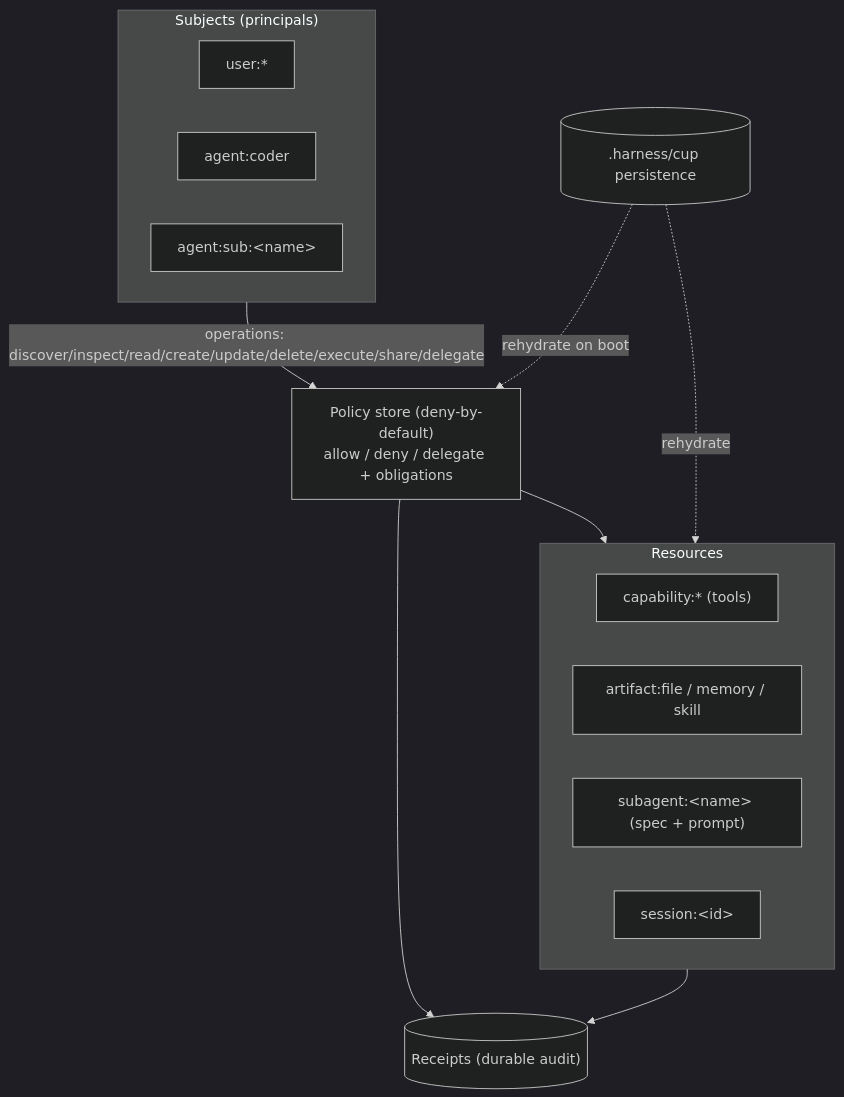
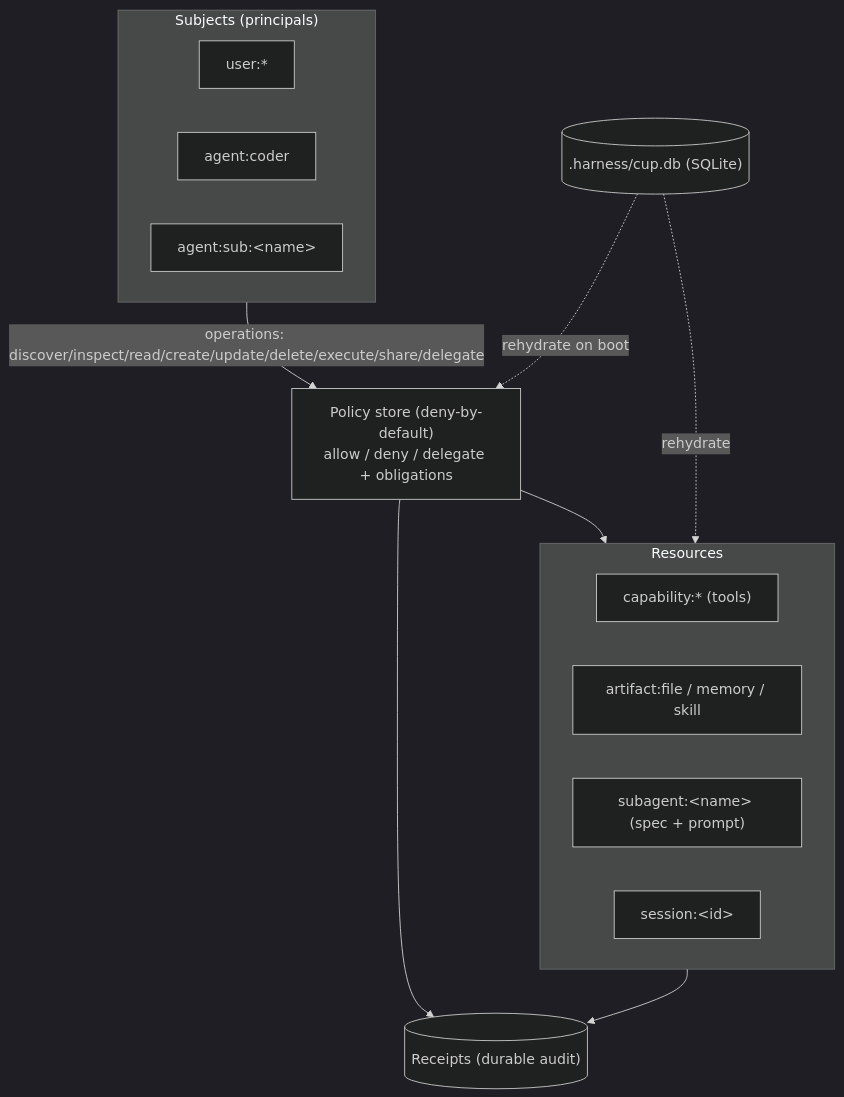
The second of 4 diagrams in docs/plans/2026-09-15-001-plan-cup-agent-operating-model.md (Capability-UI/agent-harness), drawn with Mermaid (dark theme) before and after one commit. The commit also changed other lines of this file, not shown here.

First line of the commit message:
docs(plan): use SQLite (not Postgres) for CUP persistence; clarify no DB today

````diff
--- a/docs/plans/2026-09-15-001-plan-cup-agent-operating-model.md
+++ b/docs/plans/2026-09-15-001-plan-cup-agent-operating-model.md
@@ -42,24 +53,24 @@
 ```mermaid
 flowchart TB
   subgraph Subjects["Subjects (principals)"]
     U["user:*"]
     C["agent:coder"]
     S["agent:sub:&lt;name&gt;"]
   end
   subgraph Resources["Resources"]
     Cap["capability:* (tools)"]
     Art["artifact:file / memory / skill"]
     Sub["subagent:&lt;name&gt; (spec + prompt)"]
     Sess["session:&lt;id&gt;"]
   end
   Pol["Policy store (deny-by-default)<br/>allow / deny / delegate + obligations"]
   Rec[("Receipts (durable audit)")]
-  Store[(".harness/cup persistence")]
+  Store[(".harness/cup.db (SQLite)")]
 
   Subjects -->|"operations: discover/inspect/read/create/update/delete/execute/share/delegate"| Pol
   Pol --> Resources
   Resources --> Rec
   Pol --> Rec
   Store -. "rehydrate on boot" .-> Pol
   Store -. "rehydrate" .-> Resources
 ```
````
